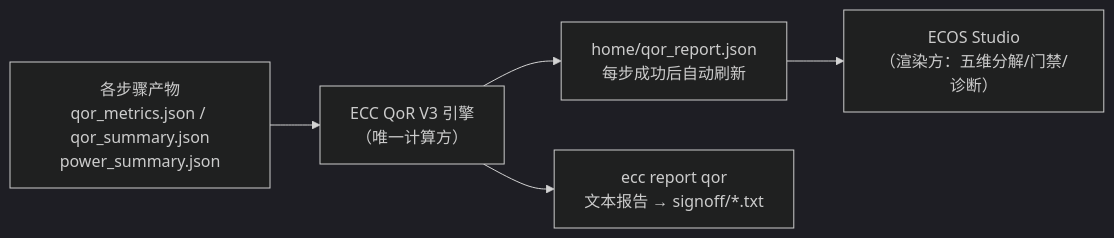
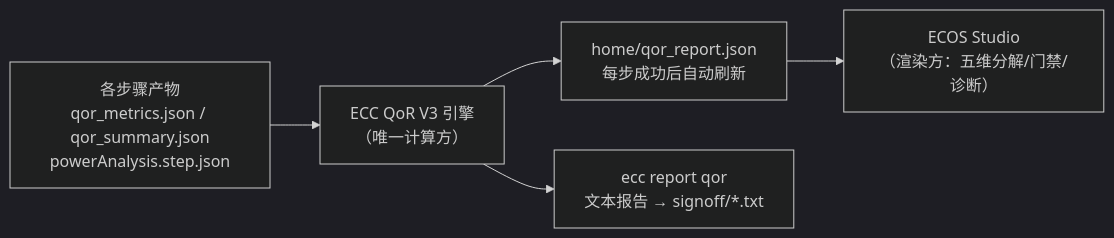
Before and after one commit to openecos-projects/ecc: the diagram in chipcompiler/docs/ecc-qor-ref.cn.md, drawn with Mermaid (dark theme). The commit also changed other lines of this file and 12 other files, not shown here.

Commit message:
fix(qor): read power from power analysis step artifact

````diff
--- a/chipcompiler/docs/ecc-qor-ref.cn.md
+++ b/chipcompiler/docs/ecc-qor-ref.cn.md
@@ -11,7 +11,7 @@
 ```mermaid
 graph LR
-    A["各步骤产物<br/>qor_metrics.json / qor_summary.json<br/>power_summary.json"] --> B["ECC QoR V3 引擎<br/>（唯一计算方）"]
+    A["各步骤产物<br/>qor_metrics.json / qor_summary.json<br/>powerAnalysis.step.json"] --> B["ECC QoR V3 引擎<br/>（唯一计算方）"]
     B --> C["home/qor_report.json<br/>每步成功后自动刷新"]
     C --> D["ECOS Studio<br/>（渲染方：五维分解/门禁/诊断）"]
     B --> E["ecc report qor<br/>文本报告 → signoff/*.txt"]
 ```
````
